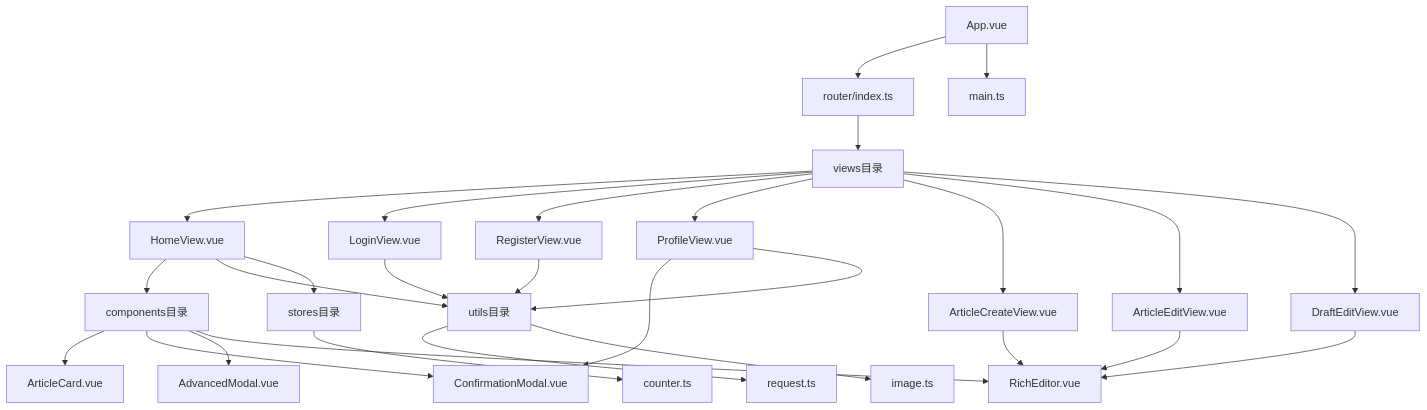
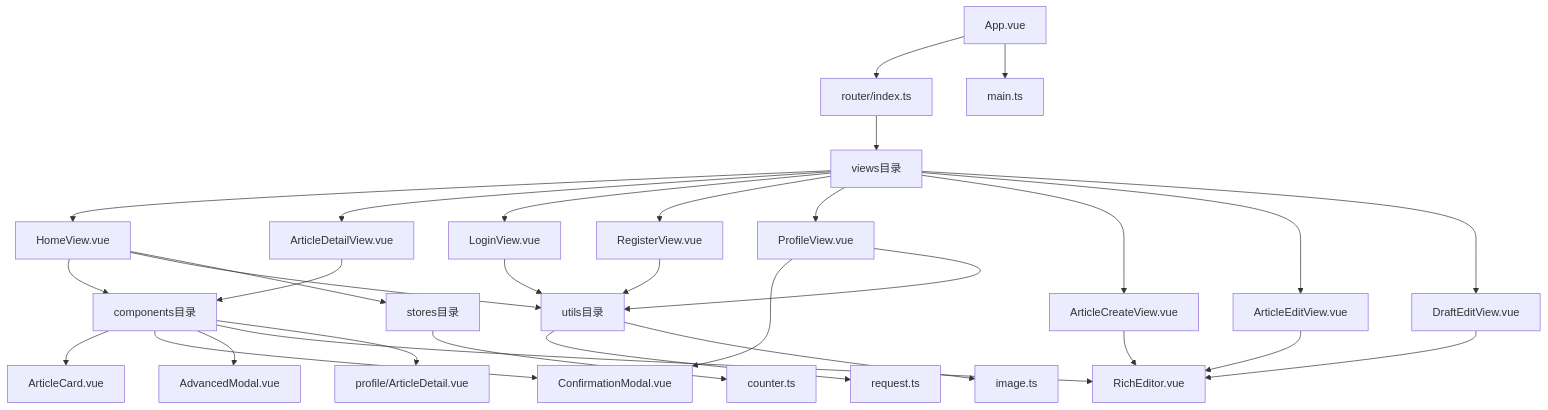
One commit to 20164206160/zhishilu changed diagram 18 of 18 in .qoder/repowiki/zh/content/Vue组件库.md. Above: the diagram before and after it, drawn with Mermaid. The commit also changed other lines of this file and 26 other files, not shown here.

````diff
--- a/.qoder/repowiki/zh/content/Vue组件库.md
+++ b/.qoder/repowiki/zh/content/Vue组件库.md
@@ -570,30 +675,33 @@
 ```mermaid
 graph TD
 App[App.vue] --> Router[router/index.ts]
 Router --> Views[views目录]
 Views --> HomeView[HomeView.vue]
+Views --> ArticleDetailView[ArticleDetailView.vue]
 Views --> LoginView[LoginView.vue]
 Views --> RegisterView[RegisterView.vue]
 Views --> ProfileView[ProfileView.vue]
 Views --> ArticleCreateView[ArticleCreateView.vue]
 Views --> ArticleEditView[ArticleEditView.vue]
 Views --> DraftEditView[DraftEditView.vue]
 HomeView --> Components[components目录]
 Components --> ArticleCard[ArticleCard.vue]
 Components --> ConfirmationModal[ConfirmationModal.vue]
 Components --> AdvancedModal[AdvancedModal.vue]
 Components --> RichEditor[RichEditor.vue]
+ArticleDetailView --> Components
+Components --> ProfileArticleDetail[profile/ArticleDetail.vue]
 ArticleCreateView --> RichEditor
 ArticleEditView --> RichEditor
 DraftEditView --> RichEditor
 ProfileView --> ConfirmationModal
 HomeView --> Utils[utils目录]
 LoginView --> Utils
 RegisterView --> Utils
 ProfileView --> Utils
 Utils --> Request[request.ts]
 Utils --> Image[image.ts]
 HomeView --> Stores[stores目录]
 Stores --> Counter[counter.ts]
 App --> Main[main.ts]
 ```
````
